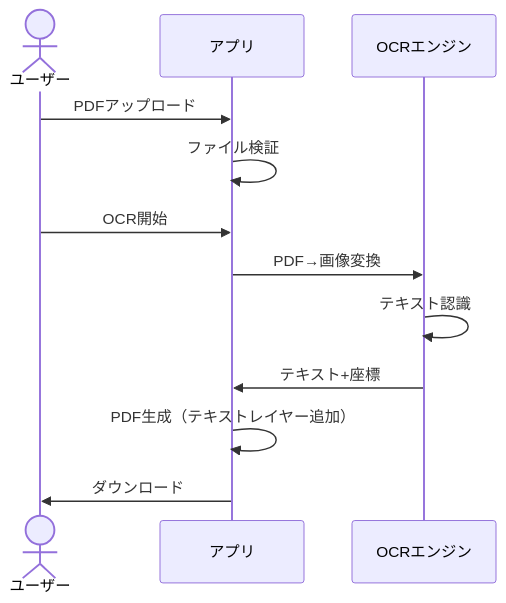
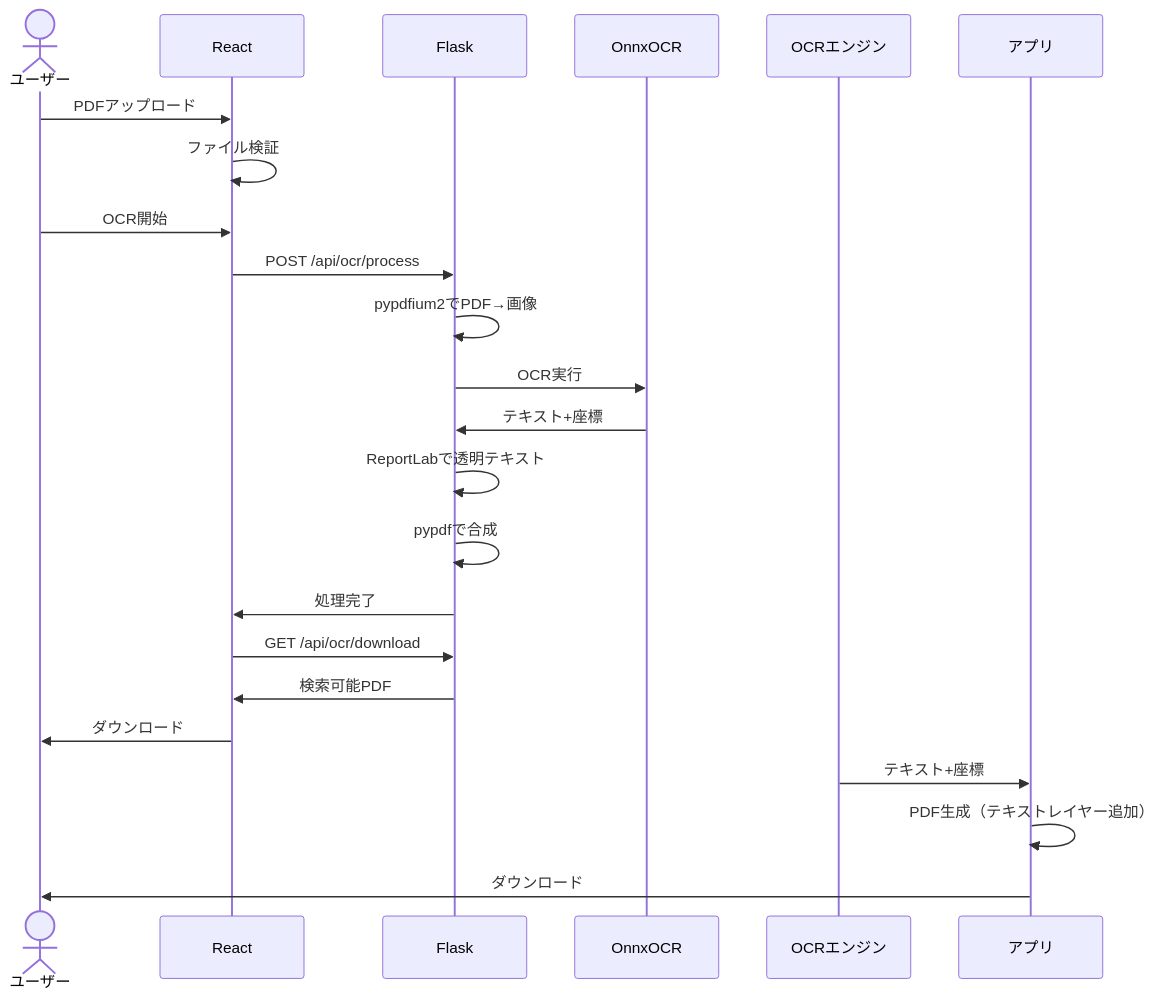
One commit to J1921604/OCR-PDF-Converter changed the second of 3 diagrams in README.md. Above: the diagram before and after it, drawn with Mermaid. The commit also changed other lines of this file and 21 other files, not shown here.

````diff
--- a/README.md
+++ b/README.md
@@ -90,15 +110,24 @@
 ```mermaid
 sequenceDiagram
     actor ユーザー
-    participant アプリ
-    participant OCRエンジン
+    participant React
+    participant Flask
+    participant OnnxOCR
     
-    ユーザー->>アプリ: PDFアップロード
-    アプリ->>アプリ: ファイル検証
-    ユーザー->>アプリ: OCR開始
-    アプリ->>OCRエンジン: PDF→画像変換
-    OCRエンジン->>OCRエンジン: テキスト認識
+    ユーザー->>React: PDFアップロード
+    React->>React: ファイル検証
+    ユーザー->>React: OCR開始
+    React->>Flask: POST /api/ocr/process
+    Flask->>Flask: pypdfium2でPDF→画像
+    Flask->>OnnxOCR: OCR実行
+    OnnxOCR->>Flask: テキスト+座標
+    Flask->>Flask: ReportLabで透明テキスト
+    Flask->>Flask: pypdfで合成
+    Flask->>React: 処理完了
+    React->>Flask: GET /api/ocr/download
+    Flask->>React: 検索可能PDF
+    React->>ユーザー: ダウンロード
     OCRエンジン->>アプリ: テキスト+座標
     アプリ->>アプリ: PDF生成（テキストレイヤー追加）
     アプリ->>ユーザー: ダウンロード
 ```
````
